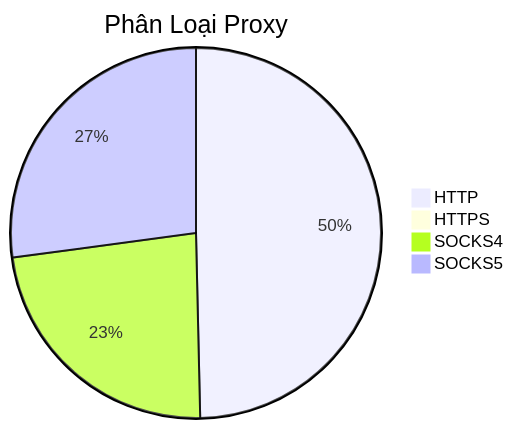
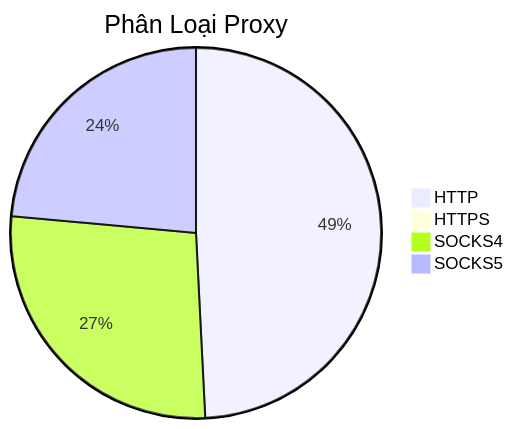
One commit to Ciara-12/PROXY-free changed the diagram in README.md. Above: the diagram before and after it, drawn with Mermaid. The commit also changed other lines of this file and 4 other files, not shown here.

````diff
--- a/README.md
+++ b/README.md
@@ -26,7 +26,7 @@
 ```mermaid
 pie title Phân Loại Proxy
-    "HTTP" : 754
-    "HTTPS" : 2
-    "SOCKS4" : 353
-    "SOCKS5" : 412
+    "HTTP" : 773
+    "HTTPS" : 1
+    "SOCKS4" : 428
+    "SOCKS5" : 370
 ```
````
